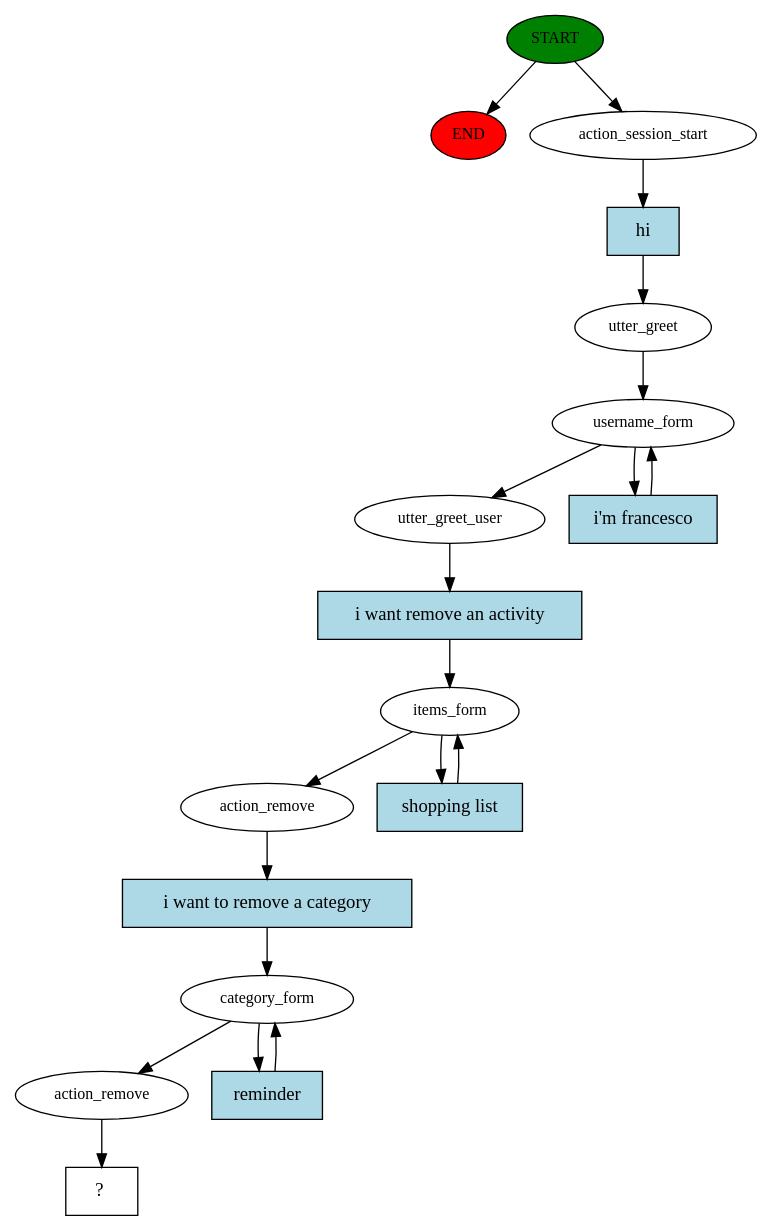
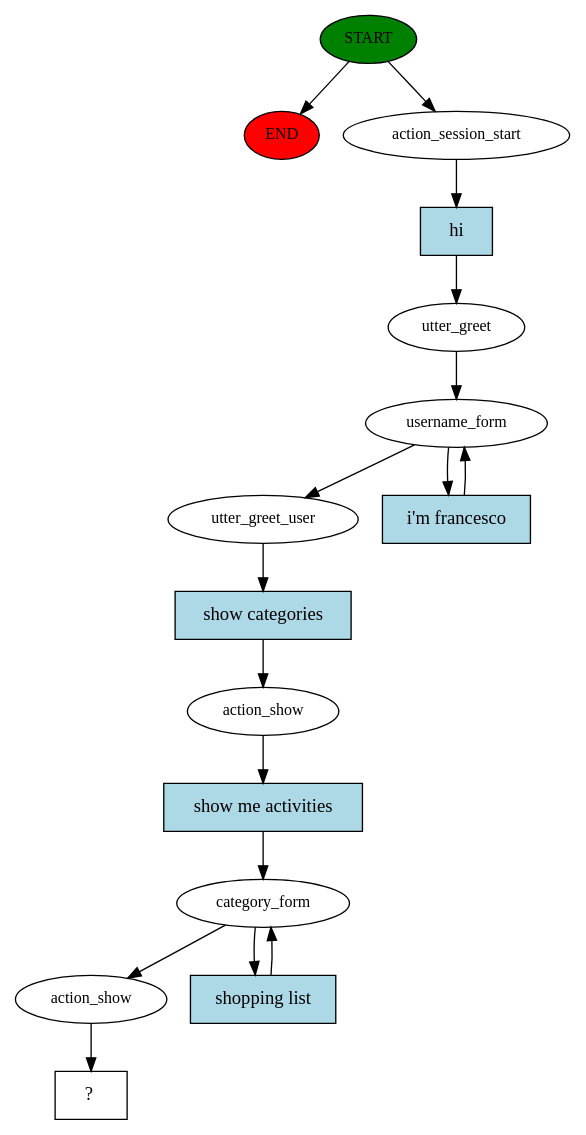
Before and after one commit to S0nFra/cogrob-todolist: the diagram in src/rasa_ros/chatbot/story_graph.dot, drawn with Graphviz. The commit also changed 5 other files, not shown here.

```diff
--- a/src/rasa_ros/chatbot/story_graph.dot
+++ b/src/rasa_ros/chatbot/story_graph.dot
@@ -1,38 +1,33 @@
 digraph  {
 0 [class="start active", fillcolor=green, fontsize=12, label=START, style=filled];
 "-1" [class=end, fillcolor=red, fontsize=12, label=END, style=filled];
 1 [class=active, fontsize=12, label=action_session_start];
 2 [class=active, fontsize=12, label=utter_greet];
 3 [class=active, fontsize=12, label=username_form];
 5 [class=active, fontsize=12, label=utter_greet_user];
-6 [class=active, fontsize=12, label=items_form];
-9 [class=active, fontsize=12, label=action_remove];
-10 [class=active, fontsize=12, label=category_form];
-12 [class=active, fontsize=12, label=action_remove];
-13 [class="intent dashed active", label="  ?  ", shape=rect];
-14 [class="intent active", fillcolor=lightblue, label=hi, shape=rect, style=filled];
-15 [class="intent active", fillcolor=lightblue, label="i'm francesco", shape=rect, style=filled];
-16 [class="intent active", fillcolor=lightblue, label="i want remove an activity", shape=rect, style=filled];
-17 [class="intent active", fillcolor=lightblue, label="shopping list", shape=rect, style=filled];
-18 [class="intent active", fillcolor=lightblue, label="i want to remove a category", shape=rect, style=filled];
-19 [class="intent active", fillcolor=lightblue, label=reminder, shape=rect, style=filled];
+6 [class=active, fontsize=12, label=action_show];
+7 [class=active, fontsize=12, label=category_form];
+9 [class=active, fontsize=12, label=action_show];
+10 [class="intent dashed active", label="  ?  ", shape=rect];
+11 [class="intent active", fillcolor=lightblue, label=hi, shape=rect, style=filled];
+12 [class="intent active", fillcolor=lightblue, label="i'm francesco", shape=rect, style=filled];
+13 [class="intent active", fillcolor=lightblue, label="show categories", shape=rect, style=filled];
+14 [class="intent active", fillcolor=lightblue, label="show me activities", shape=rect, style=filled];
+15 [class="intent active", fillcolor=lightblue, label="shopping list", shape=rect, style=filled];
 0 -> "-1"  [class="", key=NONE, label=""];
 0 -> 1  [class=active, key=NONE, label=""];
-1 -> 14  [class=active, key=0];
+1 -> 11  [class=active, key=0];
 2 -> 3  [class=active, key=NONE, label=""];
 3 -> 5  [class=active, key=NONE, label=""];
-3 -> 15  [class=active, key=0];
-5 -> 16  [class=active, key=0];
-6 -> 9  [class=active, key=NONE, label=""];
-6 -> 17  [class=active, key=0];
-9 -> 18  [class=active, key=0];
-10 -> 12  [class=active, key=NONE, label=""];
-10 -> 19  [class=active, key=0];
-12 -> 13  [class=active, key=NONE, label=""];
-14 -> 2  [class=active, key=0];
-15 -> 3  [class=active, key=0];
-16 -> 6  [class=active, key=0];
-17 -> 6  [class=active, key=0];
-18 -> 10  [class=active, key=0];
-19 -> 10  [class=active, key=0];
+3 -> 12  [class=active, key=0];
+5 -> 13  [class=active, key=0];
+6 -> 14  [class=active, key=0];
+7 -> 9  [class=active, key=NONE, label=""];
+7 -> 15  [class=active, key=0];
+9 -> 10  [class=active, key=NONE, label=""];
+11 -> 2  [class=active, key=0];
+12 -> 3  [class=active, key=0];
+13 -> 6  [class=active, key=0];
+14 -> 7  [class=active, key=0];
+15 -> 7  [class=active, key=0];
 }
```
